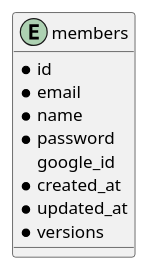
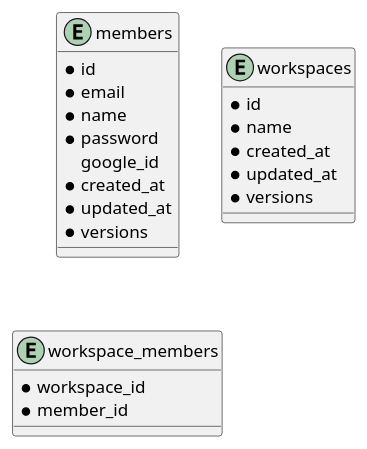
The diagram in docs/db/diagram.puml (ijufumi/openreports-api), drawn with PlantUML before and after one commit. The commit also changed 6 other files, not shown here.

```diff
--- a/docs/db/diagram.puml
+++ b/docs/db/diagram.puml
@@ -1,14 +1,27 @@
 @startuml
 
 entity members {
- * id
- * email
- * name
- * password
-   google_id
- * created_at
- * updated_at
- * versions
+  * id
+  * email
+  * name
+  * password
+    google_id
+  * created_at
+  * updated_at
+  * versions
+}
+
+entity workspaces {
+  * id
+  * name 
+  * created_at
+  * updated_at
+  * versions
+}
+
+entity workspace_members {
+  * workspace_id
+  * member_id
 }
 
 @enduml
```
